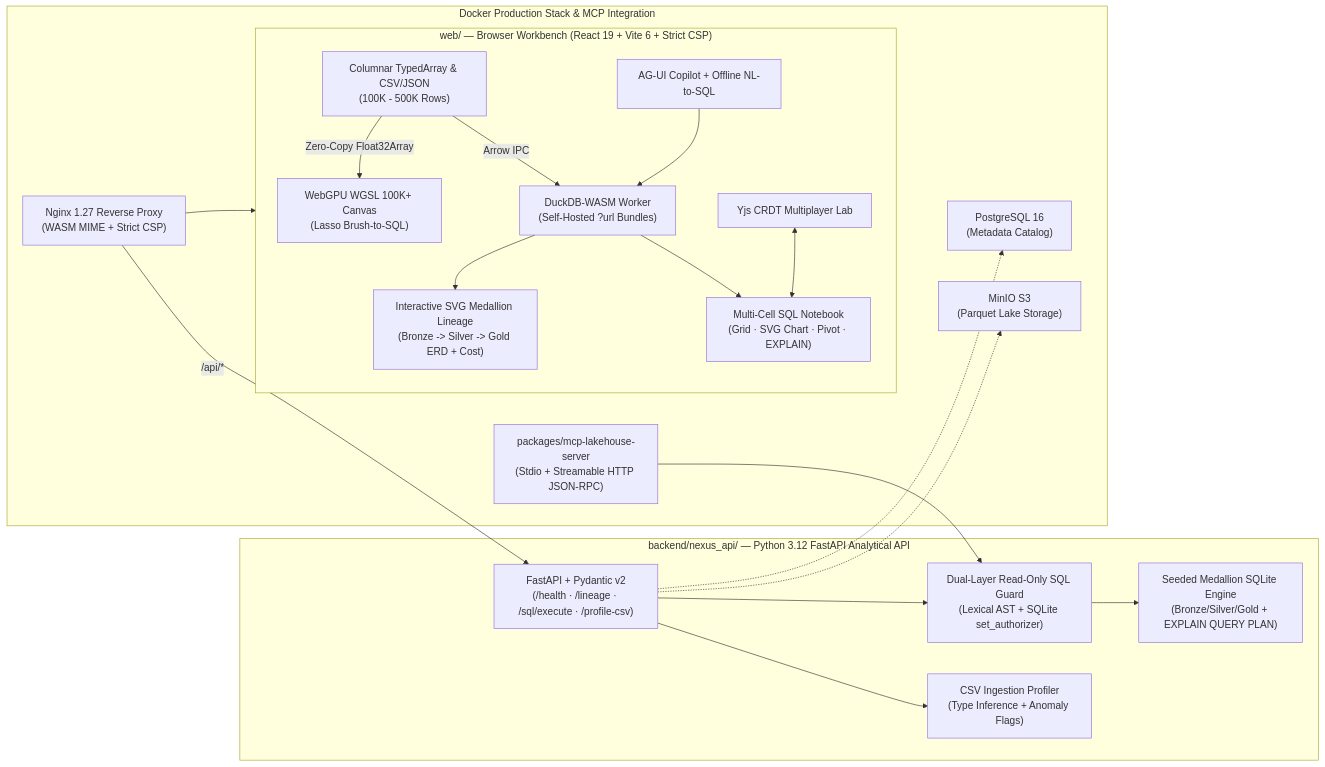
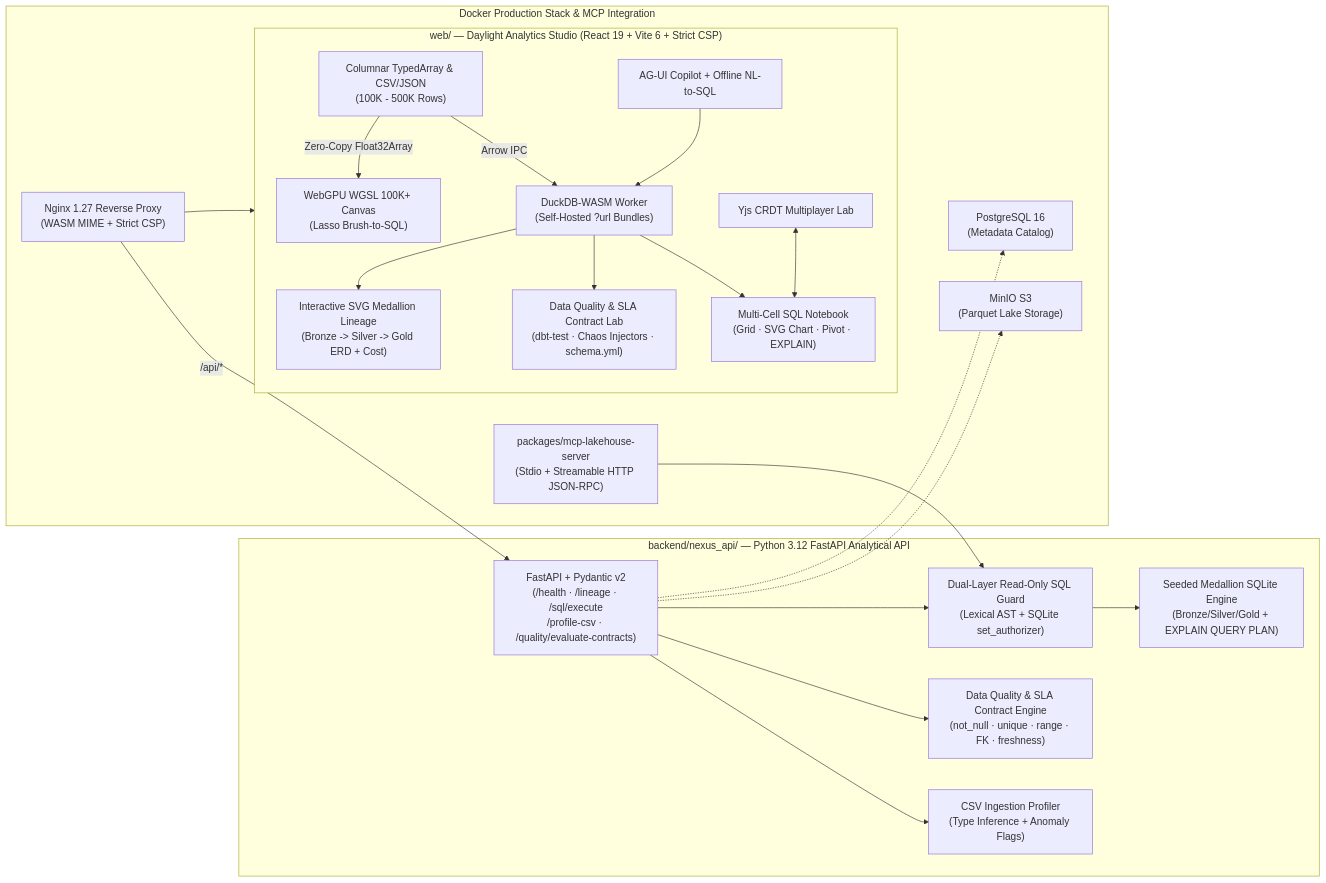
Before and after one commit to tvt987/nexus-lake: the diagram in README.md, drawn with Mermaid. The commit also changed other lines of this file and 28 other files, not shown here.

Commit message:
feat(v5.0): Daylight Analytics Studio, Live Data Quality & Freshness SLA Contract Engine (dbt-test / Chaos Lab), FastAPI Quality Contracts API & Dual-Theme Polish

````diff
--- a/README.md
+++ b/README.md
@@ -12,25 +15,27 @@
 ```mermaid
 flowchart LR
-  subgraph Web["web/ — Browser Workbench (React 19 + Vite 6 + Strict CSP)"]
+  subgraph Web["web/ — Daylight Analytics Studio (React 19 + Vite 6 + Strict CSP)"]
     GEN["Columnar TypedArray & CSV/JSON\n(100K - 500K Rows)"] -->|Arrow IPC| DUCK["DuckDB-WASM Worker\n(Self-Hosted ?url Bundles)"]
     DUCK --> NB["Multi-Cell SQL Notebook\n(Grid · SVG Chart · Pivot · EXPLAIN)"]
+    DUCK --> DQ["Data Quality & SLA Contract Lab\n(dbt-test · Chaos Injectors · schema.yml)"]
     DUCK --> ERD["Interactive SVG Medallion Lineage\n(Bronze -> Silver -> Gold ERD + Cost)"]
     GEN -->|Zero-Copy Float32Array| GPU["WebGPU WGSL 100K+ Canvas\n(Lasso Brush-to-SQL)"]
     YJS["Yjs CRDT Multiplayer Lab"] <--> NB
     AGUI["AG-UI Copilot + Offline NL-to-SQL"] --> DUCK
   end
 
   subgraph Backend["backend/nexus_api/ — Python 3.12 FastAPI Analytical API"]
-    API["FastAPI + Pydantic v2\n(/health · /lineage · /sql/execute · /profile-csv)"] --> GUARD["Dual-Layer Read-Only SQL Guard\n(Lexical AST + SQLite set_authorizer)"]
+    API["FastAPI + Pydantic v2\n(/health · /lineage · /sql/execute\n/profile-csv · /quality/evaluate-contracts)"] --> GUARD["Dual-Layer Read-Only SQL Guard\n(Lexical AST + SQLite set_authorizer)"]
     GUARD --> SQLITE["Seeded Medallion SQLite Engine\n(Bronze/Silver/Gold + EXPLAIN QUERY PLAN)"]
+    API --> DQE["Data Quality & SLA Contract Engine\n(not_null · unique · range · FK · freshness)"]
     API --> PROF["CSV Ingestion Profiler\n(Type Inference + Anomaly Flags)"]
   end
 
   subgraph Infra["Docker Production Stack & MCP Integration"]
     NGINX["Nginx 1.27 Reverse Proxy\n(WASM MIME + Strict CSP)"] --> Web
     NGINX -->|/api/*| API
     API -.-> PG["PostgreSQL 16\n(Metadata Catalog)"]
     API -.-> MINIO["MinIO S3\n(Parquet Lake Storage)"]
     MCP["packages/mcp-lakehouse-server\n(Stdio + Streamable HTTP JSON-RPC)"] --> GUARD
   end
 ```
````
